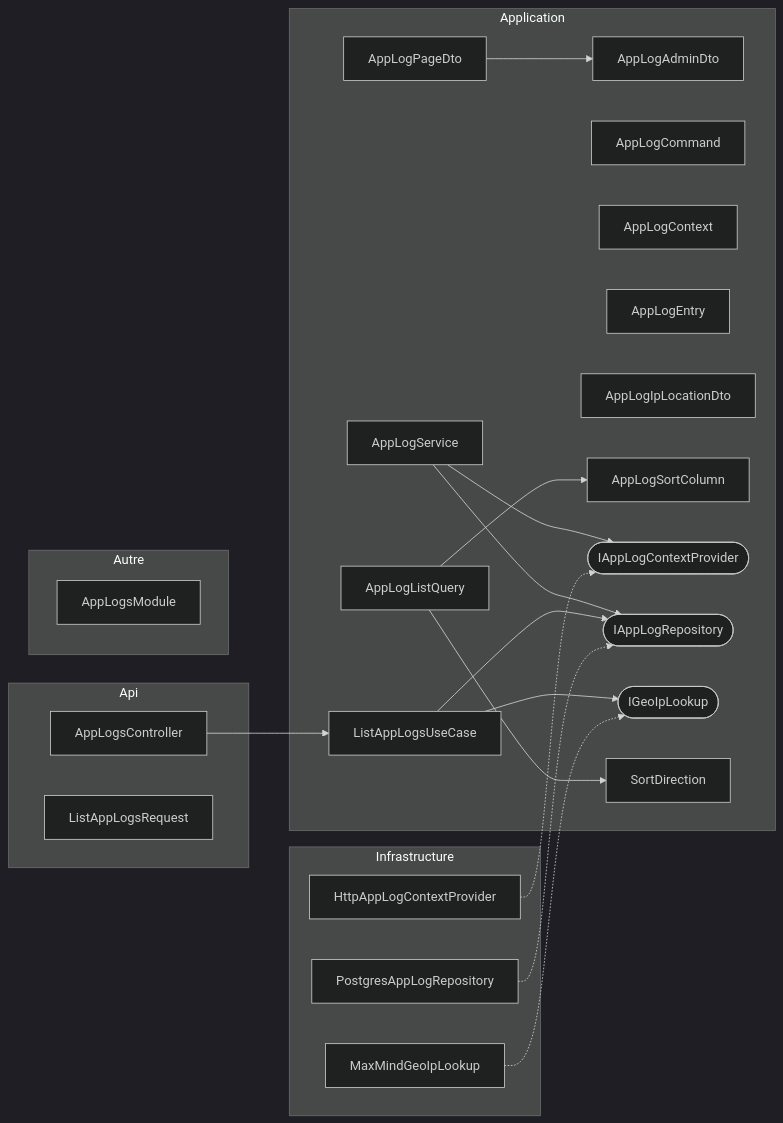
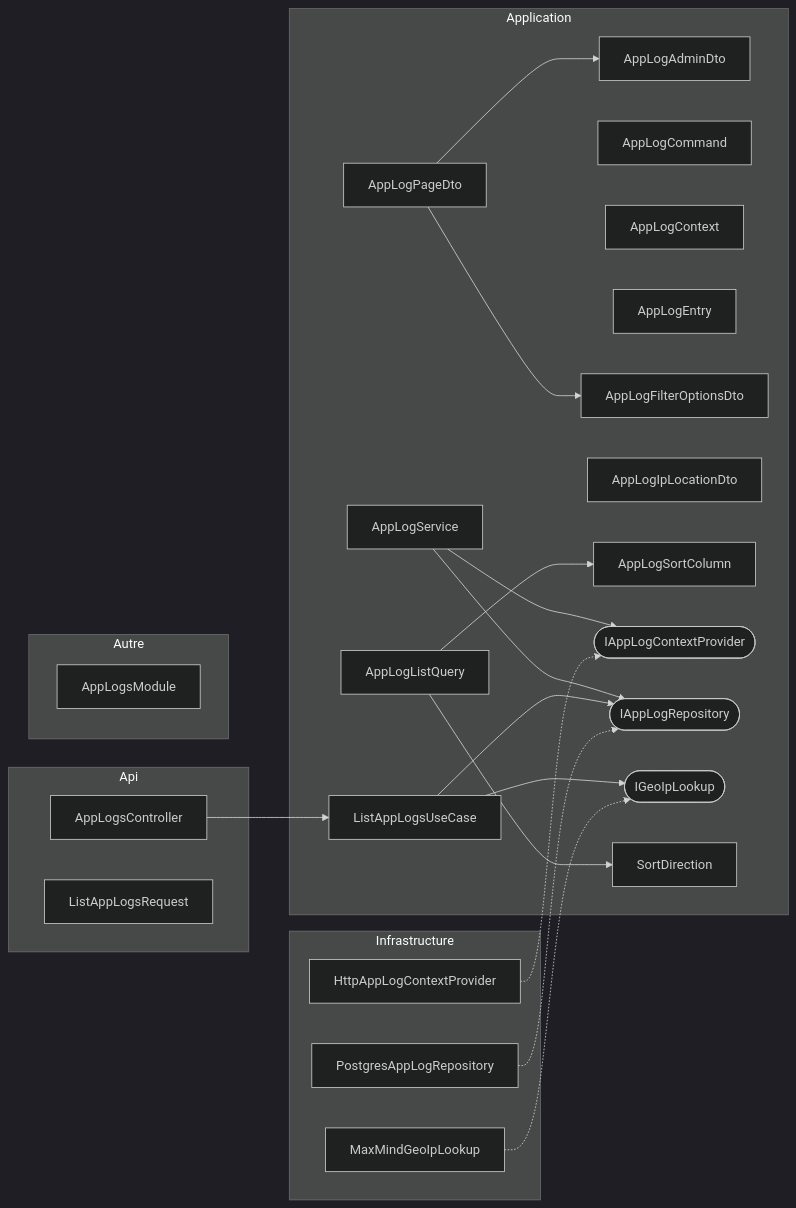
The diagram in api/docs/diagrams/Core/AppLogs/applogs.md (huiitre/Tools-app), drawn with Mermaid (dark theme) before and after one commit. The commit also changed 14 other files, not shown here.

````diff
--- a/api/docs/diagrams/Core/AppLogs/applogs.md
+++ b/api/docs/diagrams/Core/AppLogs/applogs.md
@@ -5,42 +5,44 @@
 ```mermaid
 flowchart LR
   subgraph Api
   AppLogsController["AppLogsController"]
   ListAppLogsRequest["ListAppLogsRequest"]
   end
   subgraph Application
   AppLogAdminDto["AppLogAdminDto"]
   AppLogCommand["AppLogCommand"]
   AppLogContext["AppLogContext"]
   AppLogEntry["AppLogEntry"]
+  AppLogFilterOptionsDto["AppLogFilterOptionsDto"]
   AppLogIpLocationDto["AppLogIpLocationDto"]
   AppLogListQuery["AppLogListQuery"]
   AppLogPageDto["AppLogPageDto"]
   AppLogService["AppLogService"]
   AppLogSortColumn["AppLogSortColumn"]
   IAppLogContextProvider(["IAppLogContextProvider"])
   IAppLogRepository(["IAppLogRepository"])
   IGeoIpLookup(["IGeoIpLookup"])
   ListAppLogsUseCase["ListAppLogsUseCase"]
   SortDirection["SortDirection"]
   end
   subgraph Infrastructure
   HttpAppLogContextProvider["HttpAppLogContextProvider"]
   MaxMindGeoIpLookup["MaxMindGeoIpLookup"]
   PostgresAppLogRepository["PostgresAppLogRepository"]
   end
   subgraph Autre
   AppLogsModule["AppLogsModule"]
   end
   AppLogListQuery --> AppLogSortColumn
   AppLogListQuery --> SortDirection
   AppLogPageDto --> AppLogAdminDto
+  AppLogPageDto --> AppLogFilterOptionsDto
   AppLogService --> IAppLogContextProvider
   AppLogService --> IAppLogRepository
   AppLogsController --> ListAppLogsUseCase
   HttpAppLogContextProvider -.-> IAppLogContextProvider
   ListAppLogsUseCase --> IAppLogRepository
   ListAppLogsUseCase --> IGeoIpLookup
   MaxMindGeoIpLookup -.-> IGeoIpLookup
   PostgresAppLogRepository -.-> IAppLogRepository
 ```
````
